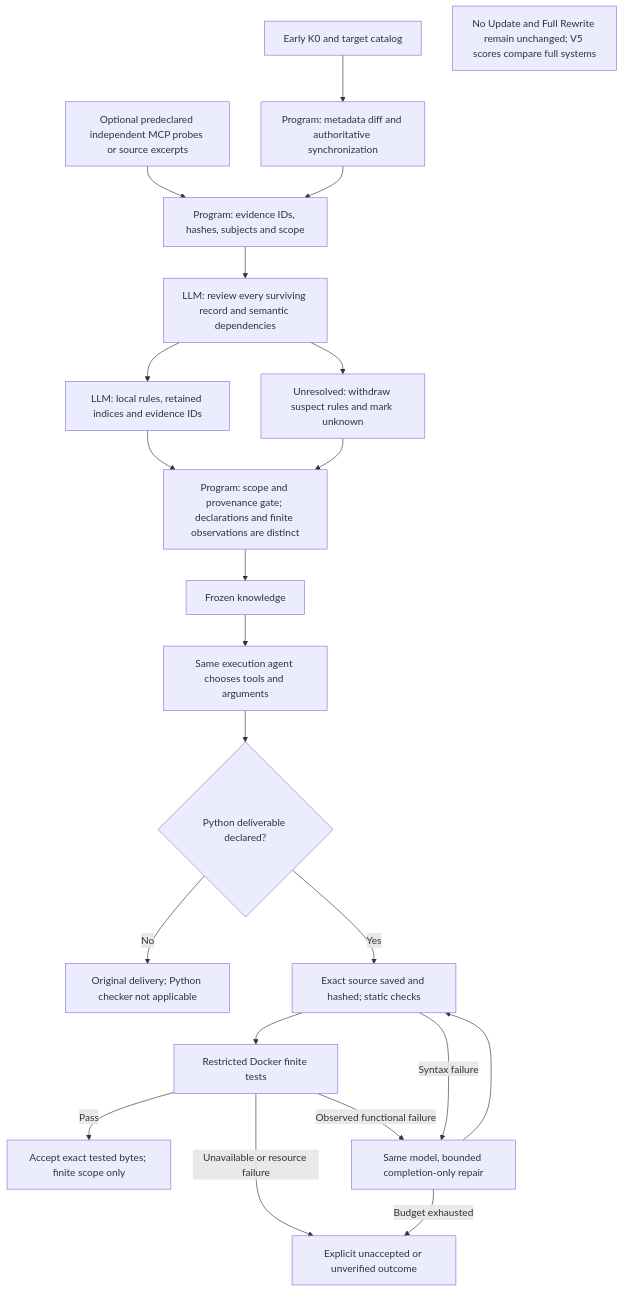
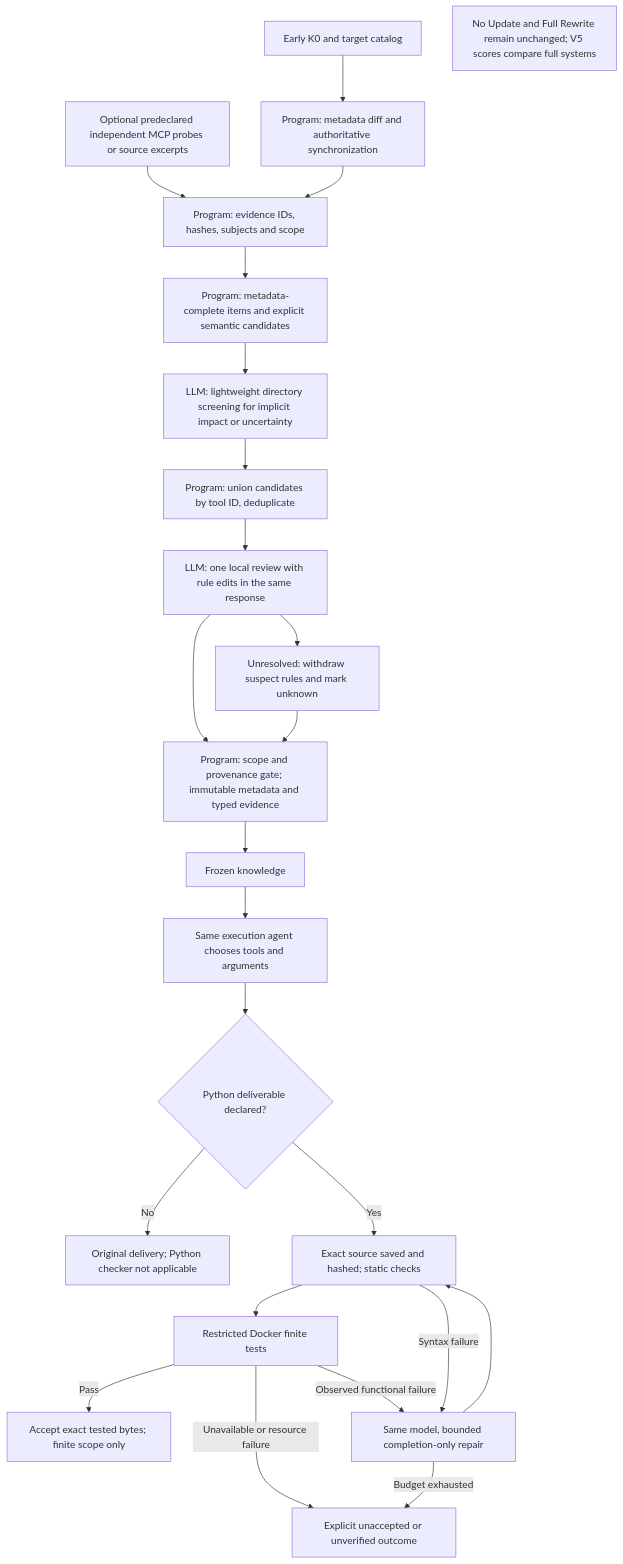
One commit to FAN0020/pe6203-tool-harness-adaptation changed the diagram in docs/selective-v5-flow.mmd. Above: the diagram before and after it, drawn with Mermaid. The commit also changed 51 other files, not shown here.

Commit message:
perf: scope V5 semantic review and verify input token reduction

```diff
--- a/docs/selective-v5-flow.mmd
+++ b/docs/selective-v5-flow.mmd
@@ -1,22 +1,24 @@
 flowchart TD
     A[Early K0 and target catalog] --> B[Program: metadata diff and authoritative synchronization]
     P[Optional predeclared independent MCP probes or source excerpts] --> E[Program: evidence IDs, hashes, subjects and scope]
     B --> E
-    E --> C[LLM: review every surviving record and semantic dependencies]
-    C --> D[LLM: local rules, retained indices and evidence IDs]
+    E --> SCOPE[Program: metadata-complete items and explicit semantic candidates]
+    SCOPE --> LIGHT[LLM: lightweight directory screening for implicit impact or uncertainty]
+    LIGHT --> UNION[Program: union candidates by tool ID, deduplicate]
+    UNION --> C[LLM: one local review with rule edits in the same response]
     C --> U[Unresolved: withdraw suspect rules and mark unknown]
-    D --> G[Program: scope and provenance gate; declarations and finite observations are distinct]
+    C --> G[Program: scope and provenance gate; immutable metadata and typed evidence]
     U --> G
     G --> F[Frozen knowledge]
     F --> H[Same execution agent chooses tools and arguments]
     H --> Q{Python deliverable declared?}
     Q -->|No| N[Original delivery; Python checker not applicable]
     Q -->|Yes| S[Exact source saved and hashed; static checks]
     S --> T[Restricted Docker finite tests]
     T -->|Pass| O[Accept exact tested bytes; finite scope only]
     T -->|Observed functional failure| R[Same model, bounded completion-only repair]
     S -->|Syntax failure| R
     R --> S
     T -->|Unavailable or resource failure| X[Explicit unaccepted or unverified outcome]
     R -->|Budget exhausted| X
     Z[No Update and Full Rewrite remain unchanged; V5 scores compare full systems]
```
